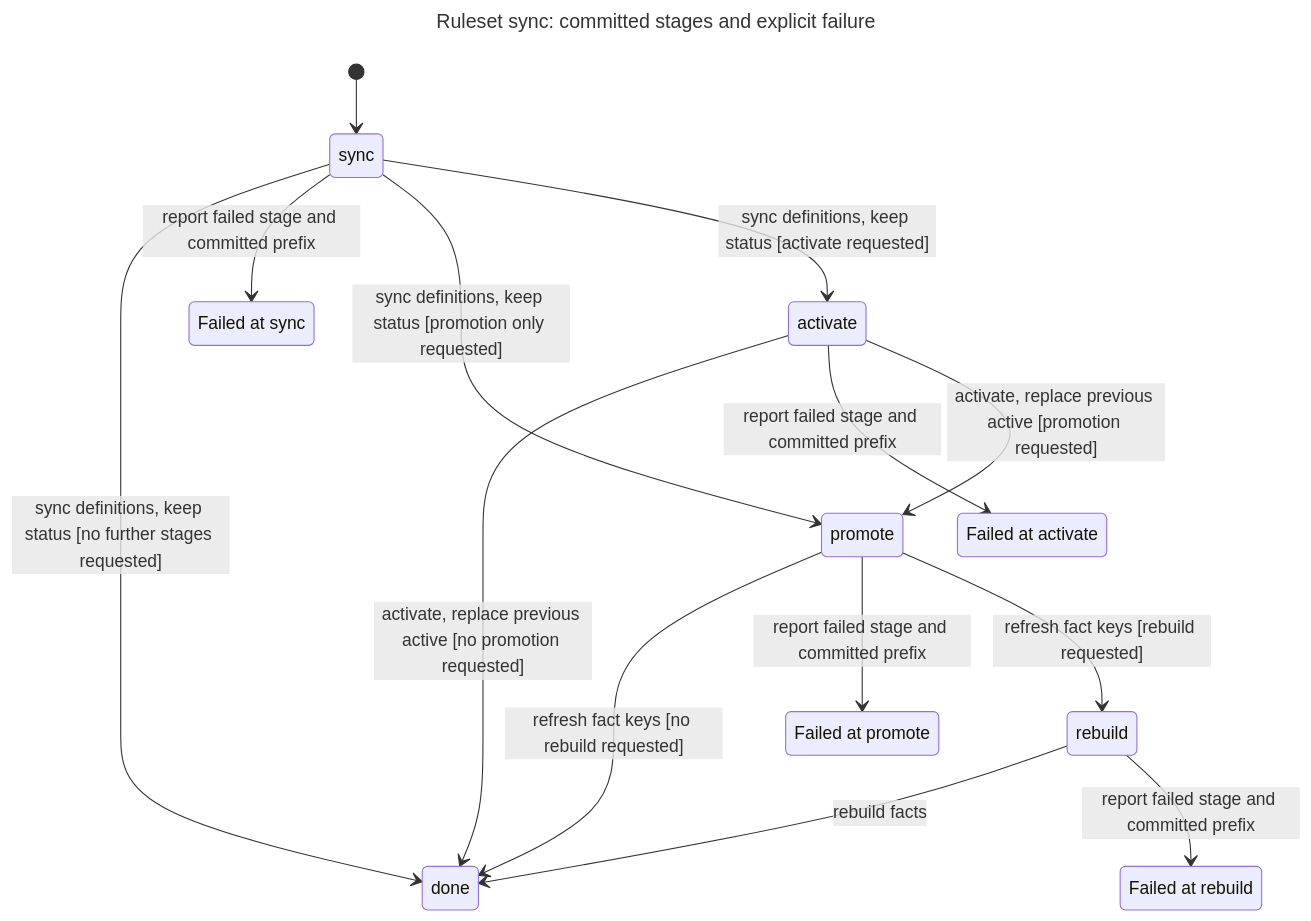
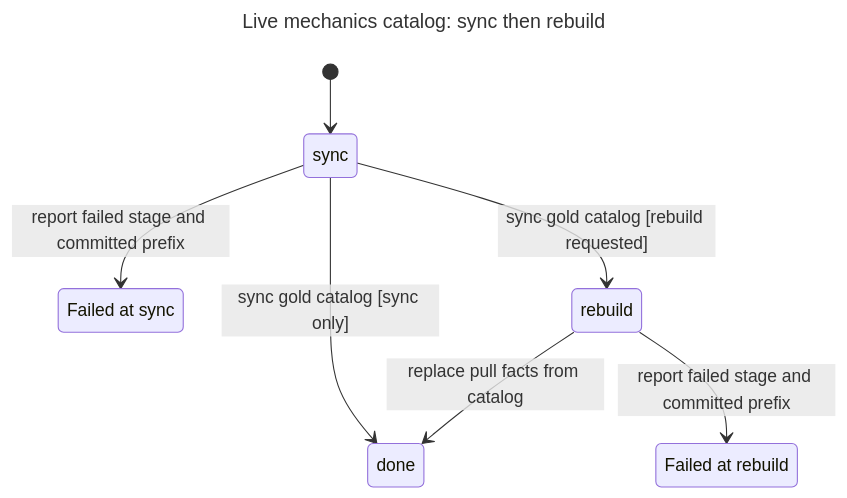
The diagram in docs/state-machines/ruleset-flow/chart.mmd (rpmessner/we_go_next_dev), drawn with Mermaid before and after one commit. The commit also changed 78 other files, not shown here.

First line of the commit message:
Collapse rulesets into one live mechanics catalog (we-g18.10)

```diff
--- a/docs/state-machines/ruleset-flow/chart.mmd
+++ b/docs/state-machines/ruleset-flow/chart.mmd
@@ -1,26 +1,15 @@
 ---
-title: "Ruleset sync: committed stages and explicit failure"
+title: "Live mechanics catalog: sync then rebuild"
 ---
 stateDiagram-v2
   s0: sync
-  s1: activate
-  s2: done
-  s3: Failed at sync
-  s4: promote
-  s5: Failed at promote
-  s6: Failed at activate
-  s7: rebuild
-  s8: Failed at rebuild
+  s1: done
+  s2: Failed at sync
+  s3: rebuild
+  s4: Failed at rebuild
   [*] --> s0
-  s0 --> s2: sync definitions, keep status [no further stages requested]
-  s0 --> s3: report failed stage and committed prefix
-  s0 --> s4: sync definitions, keep status [promotion only requested]
-  s0 --> s1: sync definitions, keep status [activate requested]
-  s1 --> s2: activate, replace previous active [no promotion requested]
-  s1 --> s6: report failed stage and committed prefix
-  s1 --> s4: activate, replace previous active [promotion requested]
-  s4 --> s2: refresh fact keys [no rebuild requested]
-  s4 --> s5: report failed stage and committed prefix
-  s4 --> s7: refresh fact keys [rebuild requested]
-  s7 --> s2: rebuild facts
-  s7 --> s8: report failed stage and committed prefix
+  s0 --> s1: sync gold catalog [sync only]
+  s0 --> s2: report failed stage and committed prefix
+  s0 --> s3: sync gold catalog [rebuild requested]
+  s3 --> s1: replace pull facts from catalog
+  s3 --> s4: report failed stage and committed prefix
```
